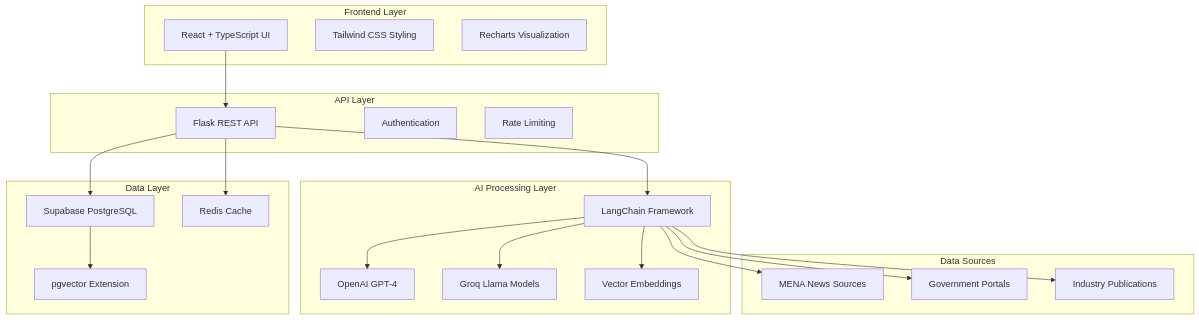
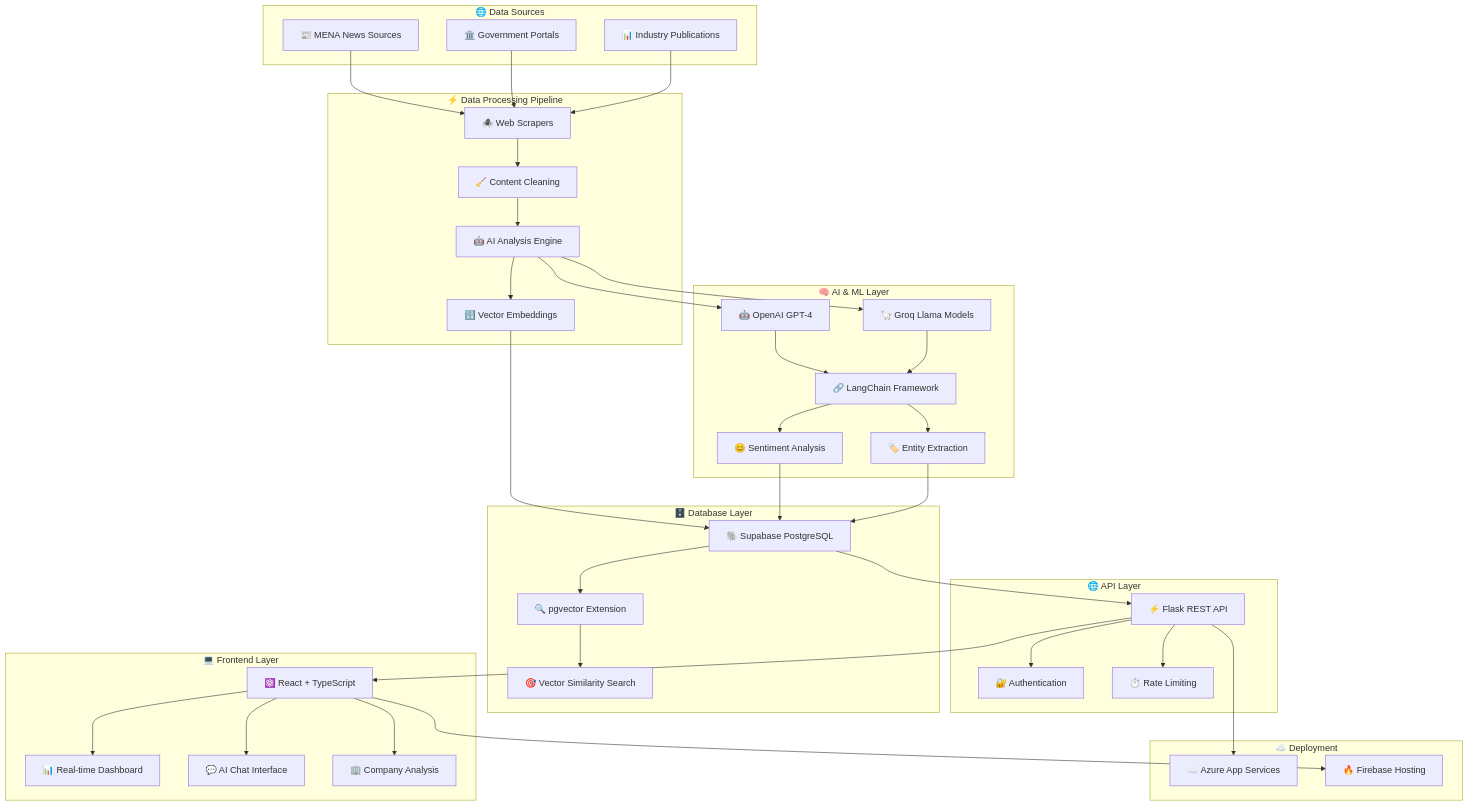
Before and after one commit to Rohitw3code/ProcureIntel-Real-Time-MENA-Procurement-Sentiment-Intelligence: the first of 2 diagrams in README.md, drawn with Mermaid. The commit also changed other lines of this file, not shown here.

````diff
--- a/README.md
+++ b/README.md
@@ -222,45 +66,74 @@
 ```mermaid
 graph TB
-    subgraph "Frontend Layer"
-        A[React + TypeScript UI]
-        B[Tailwind CSS Styling]
-        C[Recharts Visualization]
+    subgraph "🌐 Data Sources"
+        A[📰 MENA News Sources]
+        B[🏛️ Government Portals]
+        C[📊 Industry Publications]
     end
     
-    subgraph "API Layer"
-        D[Flask REST API]
-        E[Authentication]
-        F[Rate Limiting]
+    subgraph "⚡ Data Processing Pipeline"
+        D[🕷️ Web Scrapers]
+        E[🧹 Content Cleaning]
+        F[🤖 AI Analysis Engine]
+        G[🔢 Vector Embeddings]
     end
     
-    subgraph "AI Processing Layer"
-        G[LangChain Framework]
-        H[OpenAI GPT-4]
-        I[Groq Llama Models]
-        J[Vector Embeddings]
+    subgraph "🧠 AI & ML Layer"
+        H[🤖 OpenAI GPT-4]
+        I[🦙 Groq Llama Models]
+        J[🔗 LangChain Framework]
+        K[😊 Sentiment Analysis]
+        L[🏷️ Entity Extraction]
     end
     
-    subgraph "Data Layer"
-        K[Supabase PostgreSQL]
-        L[pgvector Extension]
-        M[Redis Cache]
+    subgraph "🗄️ Database Layer"
+        M[🐘 Supabase PostgreSQL]
+        N[🔍 pgvector Extension]
+        O[🎯 Vector Similarity Search]
     end
     
-    subgraph "Data Sources"
-        N[MENA News Sources]
-        O[Government Portals]
-        P[Industry Publications]
+    subgraph "🌐 API Layer"
+        P[⚡ Flask REST API]
+        Q[🔐 Authentication]
+        R[⏱️ Rate Limiting]
+    end
+    
+    subgraph "💻 Frontend Layer"
+        S[⚛️ React + TypeScript]
+        T[📊 Real-time Dashboard]
+        U[💬 AI Chat Interface]
+        V[🏢 Company Analysis]
+    end
+    
+    subgraph "☁️ Deployment"
+        W[☁️ Azure App Services]
+        X[🔥 Firebase Hosting]
     end
     
     A --> D
-    D --> G
-    G --> H
-    G --> I
-    G --> J
-    D --> K
-    K --> L
-    D --> M
-    G --> N
-    G --> O
-    G --> P
+    B --> D
+    C --> D
+    D --> E
+    E --> F
+    F --> G
+    F --> H
+    F --> I
+    H --> J
+    I --> J
+    J --> K
+    J --> L
+    G --> M
+    K --> M
+    L --> M
+    M --> N
+    N --> O
+    M --> P
+    P --> Q
+    P --> R
+    P --> S
+    S --> T
+    S --> U
+    S --> V
+    P --> W
+    S --> X
 ```
````
